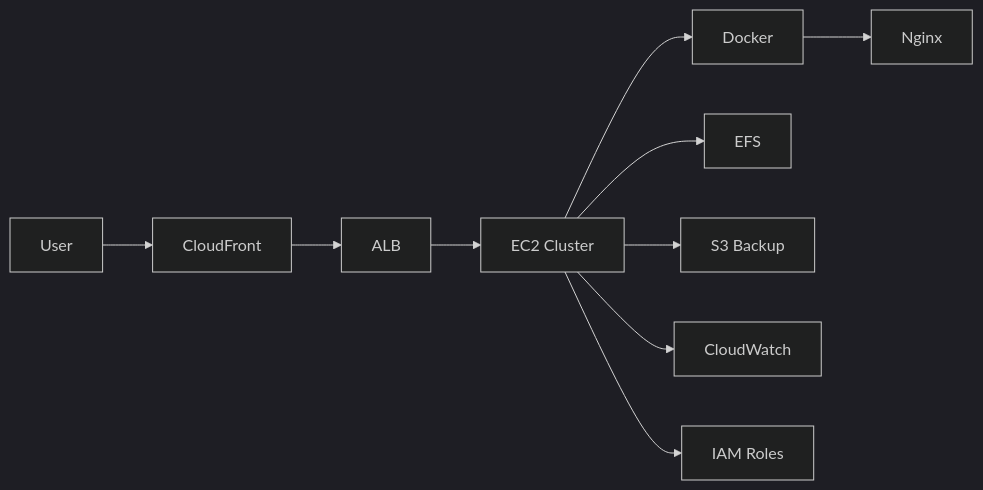
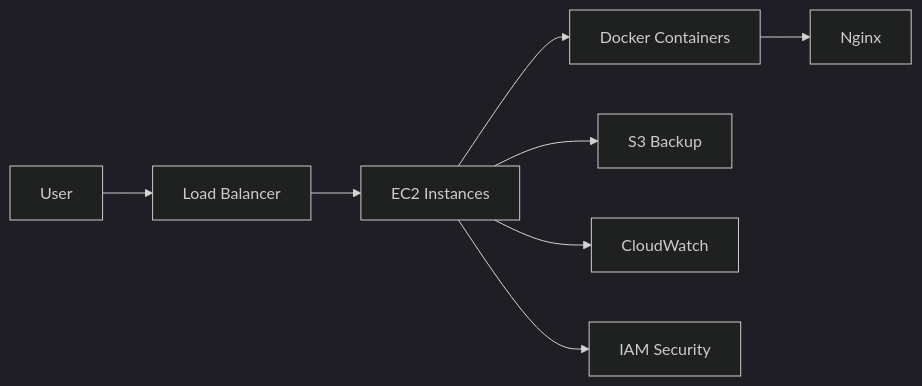
One commit to hamzahashmi3/hamzahashmi3 changed the first of 2 diagrams in README.md. Above: the diagram before and after it, drawn with Mermaid (dark theme). The commit also changed other lines of this file, not shown here.

````diff
--- a/README.md
+++ b/README.md
@@ -47,12 +40,10 @@
 ```mermaid
 flowchart LR
-    A[User] --> B[CloudFront]
-    B --> C[ALB]
-    C --> D[EC2 Cluster]
-    D --> E[Docker]
-    E --> F[Nginx]
-    D --> G[EFS]
-    D --> H[S3 Backup]
-    D --> I[CloudWatch]
-    D --> J[IAM Roles]
+    A[User] --> B[Load Balancer]
+    B --> C[EC2 Instances]
+    C --> D[Docker Containers]
+    D --> E[Nginx]
+    C --> F[S3 Backup]
+    C --> G[CloudWatch]
+    C --> H[IAM Security]
 ```
````
